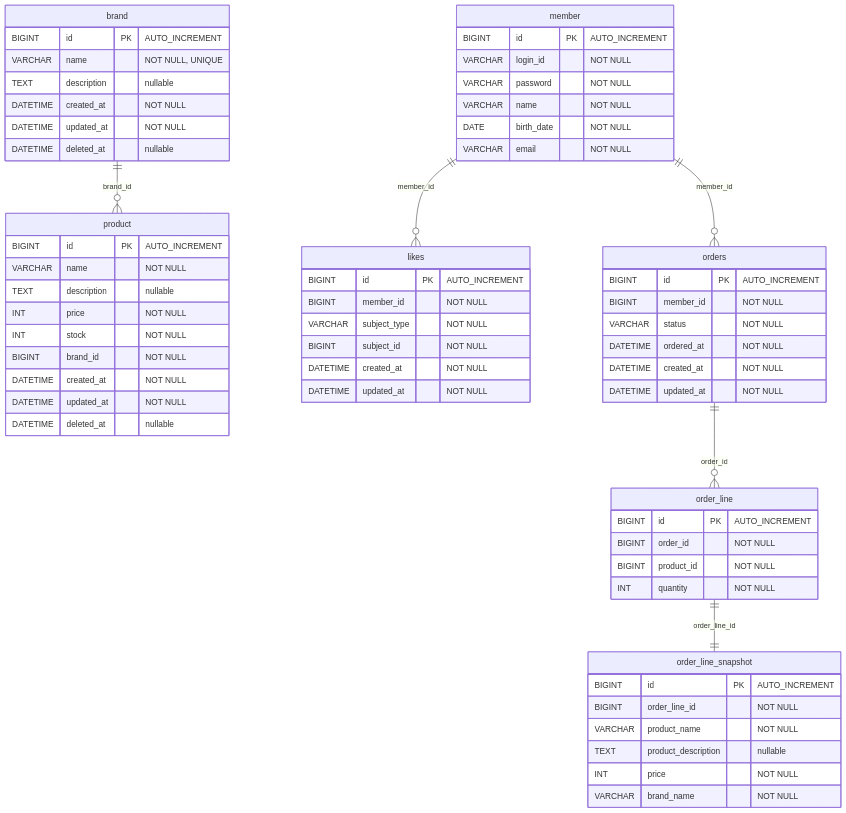
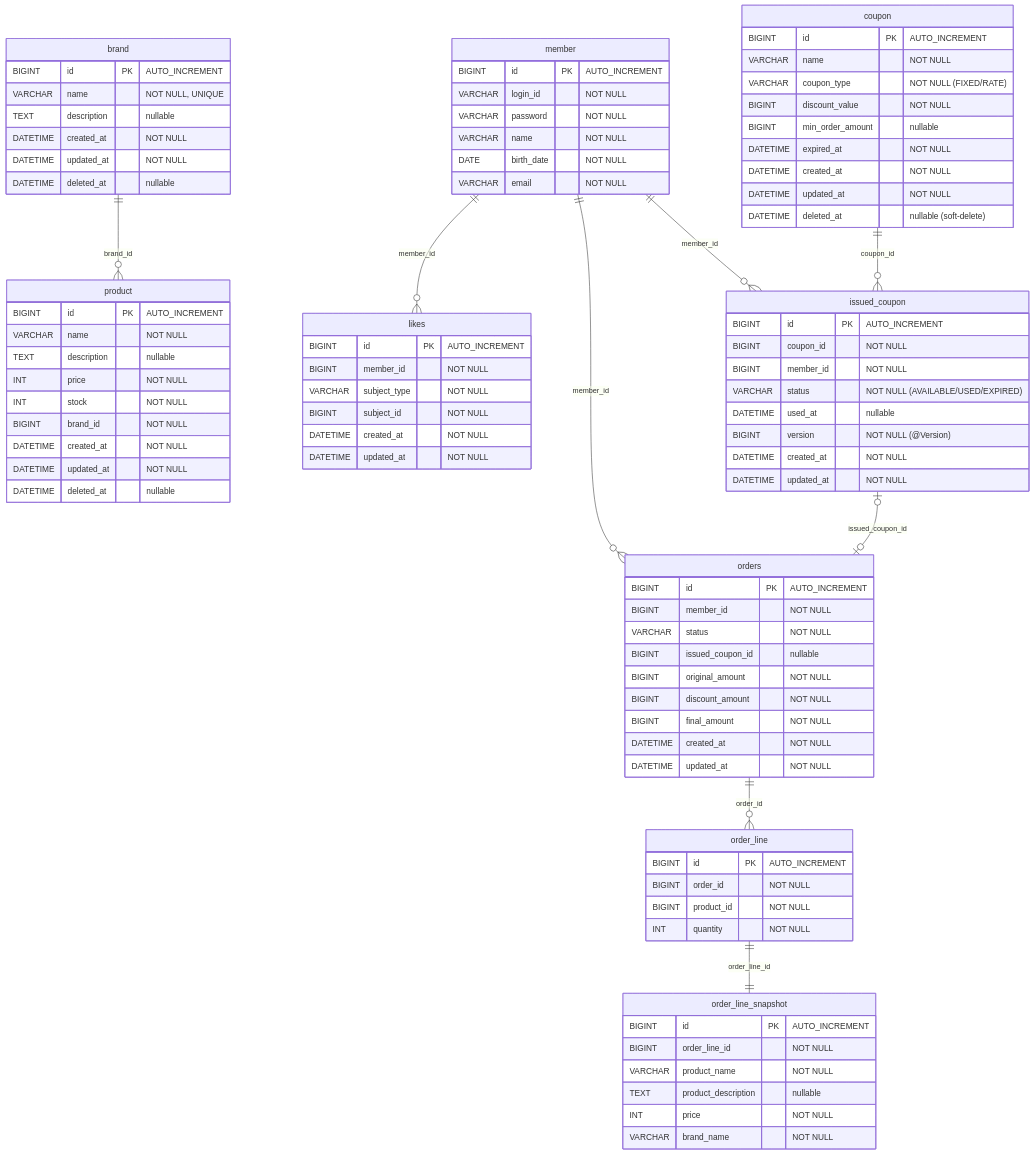
One commit to APapeIsName/loop-pack-be-l2-vol3-java changed the diagram in docs/design/04-erd.md. Above: the diagram before and after it, drawn with Mermaid. The commit also changed 68 other files, not shown here.

````diff
--- a/docs/design/04-erd.md
+++ b/docs/design/04-erd.md
@@ -49,11 +49,37 @@
         DATETIME updated_at "NOT NULL"
     }
 
+    coupon {
+        BIGINT id PK "AUTO_INCREMENT"
+        VARCHAR name "NOT NULL"
+        VARCHAR coupon_type "NOT NULL (FIXED/RATE)"
+        BIGINT discount_value "NOT NULL"
+        BIGINT min_order_amount "nullable"
+        DATETIME expired_at "NOT NULL"
+        DATETIME created_at "NOT NULL"
+        DATETIME updated_at "NOT NULL"
+        DATETIME deleted_at "nullable (soft-delete)"
+    }
+
+    issued_coupon {
+        BIGINT id PK "AUTO_INCREMENT"
+        BIGINT coupon_id "NOT NULL"
+        BIGINT member_id "NOT NULL"
+        VARCHAR status "NOT NULL (AVAILABLE/USED/EXPIRED)"
+        DATETIME used_at "nullable"
+        BIGINT version "NOT NULL (@Version)"
+        DATETIME created_at "NOT NULL"
+        DATETIME updated_at "NOT NULL"
+    }
+
     orders {
         BIGINT id PK "AUTO_INCREMENT"
         BIGINT member_id "NOT NULL"
         VARCHAR status "NOT NULL"
-        DATETIME ordered_at "NOT NULL"
+        BIGINT issued_coupon_id "nullable"
+        BIGINT original_amount "NOT NULL"
+        BIGINT discount_amount "NOT NULL"
+        BIGINT final_amount "NOT NULL"
         DATETIME created_at "NOT NULL"
         DATETIME updated_at "NOT NULL"
     }
@@ -79,4 +105,7 @@
     member ||--o{ orders : "member_id"
     orders ||--o{ order_line : "order_id"
     order_line ||--|| order_line_snapshot : "order_line_id"
+    coupon ||--o{ issued_coupon : "coupon_id"
+    member ||--o{ issued_coupon : "member_id"
+    issued_coupon |o--o| orders : "issued_coupon_id"
 ```
````
